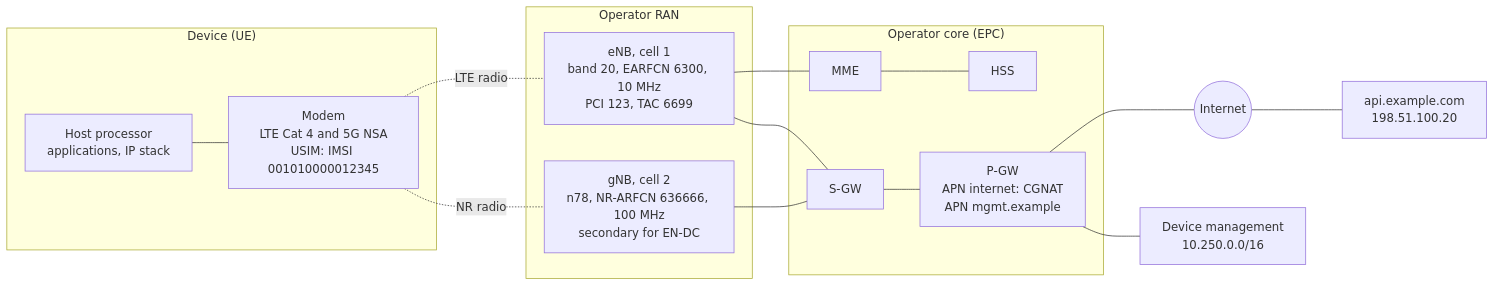
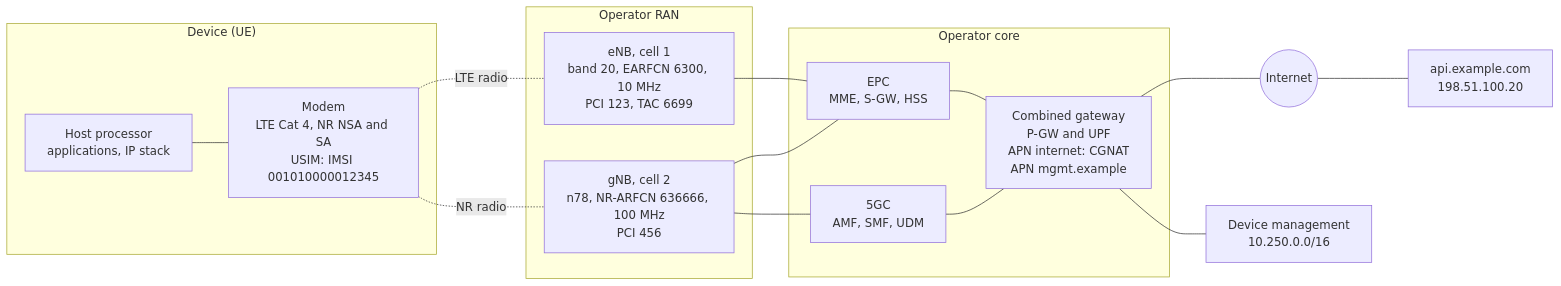
The first of 9 diagrams in wireless-protocols-and-connectivity/cellular/cellular.md (yassineflag/engineering-notes-public), drawn with Mermaid before and after one commit. The commit also changed other lines of this file, not shown here.

First line of the commit message:
Review the cellular note: foundations and architecture

````diff
--- a/wireless-protocols-and-connectivity/cellular/cellular.md
+++ b/wireless-protocols-and-connectivity/cellular/cellular.md
@@ -103,30 +110,29 @@
 ```mermaid
 flowchart LR
     subgraph DEV["Device (UE)"]
         host["Host processor<br/>applications, IP stack"]
-        modem["Modem<br/>LTE Cat 4 and 5G NSA<br/>USIM: IMSI 001010000012345"]
+        modem["Modem<br/>LTE Cat 4, NR NSA and SA<br/>USIM: IMSI 001010000012345"]
         host --- modem
     end
     subgraph RAN["Operator RAN"]
         enb["eNB, cell 1<br/>band 20, EARFCN 6300, 10 MHz<br/>PCI 123, TAC 6699"]
-        gnb["gNB, cell 2<br/>n78, NR-ARFCN 636666, 100 MHz<br/>secondary for EN-DC"]
+        gnb["gNB, cell 2<br/>n78, NR-ARFCN 636666, 100 MHz<br/>PCI 456"]
     end
-    subgraph CORE["Operator core (EPC)"]
-        mme["MME"]
-        hss["HSS"]
-        sgw["S-GW"]
-        pgw["P-GW<br/>APN internet: CGNAT<br/>APN mgmt.example"]
+    subgraph CORE["Operator core"]
+        epc["EPC<br/>MME, S-GW, HSS"]
+        fgc["5GC<br/>AMF, SMF, UDM"]
+        gw["Combined gateway<br/>P-GW and UPF<br/>APN internet: CGNAT<br/>APN mgmt.example"]
     end
     inet(("Internet"))
     srv["api.example.com<br/>198.51.100.20"]
     mgmt["Device management<br/>10.250.0.0/16"]
     modem -.-|"LTE radio"| enb
     modem -.-|"NR radio"| gnb
-    enb --- mme
-    mme --- hss
-    enb --- sgw
-    gnb --- sgw
-    sgw --- pgw
-    pgw --- inet --- srv
-    pgw --- mgmt
+    enb --- epc
+    gnb --- epc
+    gnb --- fgc
+    epc --- gw
+    fgc --- gw
+    gw --- inet --- srv
+    gw --- mgmt
 ```
````
